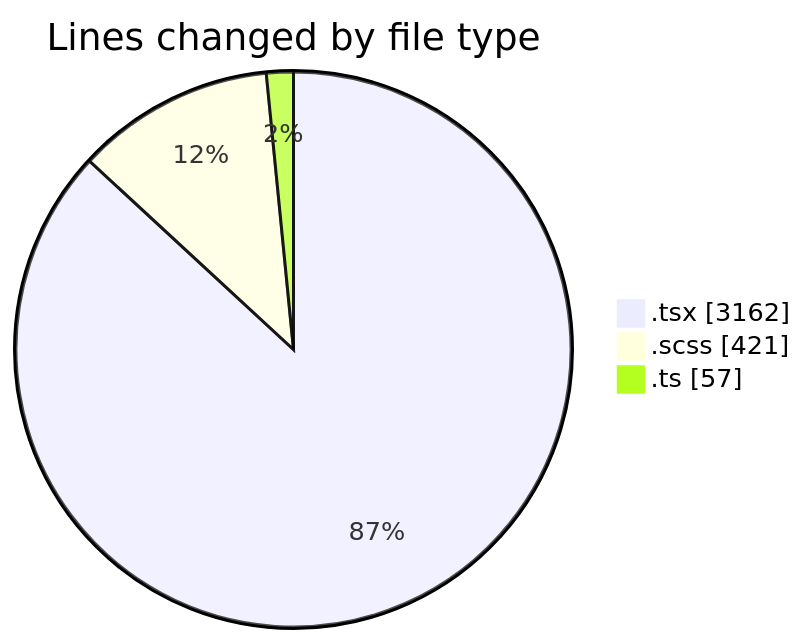
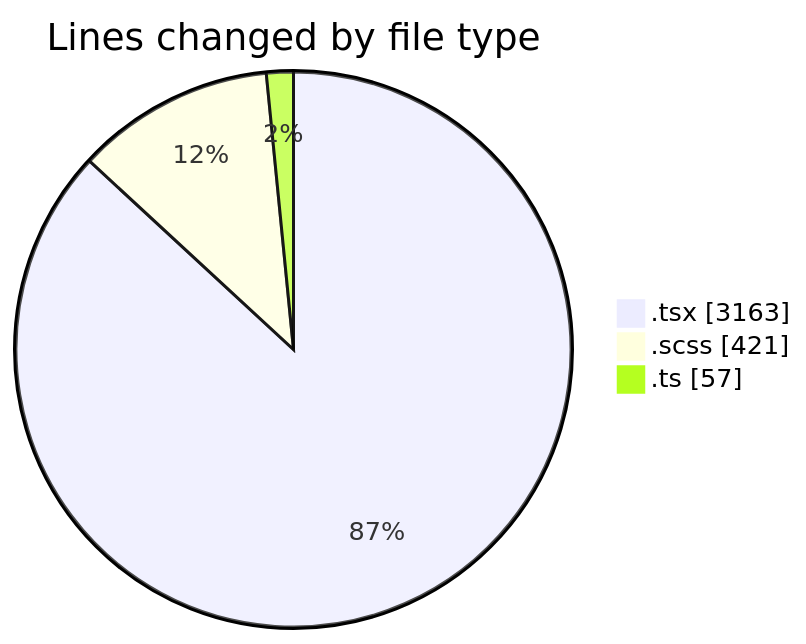
Before and after one commit to momahboobian/code-tracking: the first of 2 diagrams in 2025-10-01/cda/README.md, drawn with Mermaid. The commit also changed other lines of this file and 1 other file, not shown here.

````diff
--- a/2025-10-01/cda/README.md
+++ b/2025-10-01/cda/README.md
@@ -27,7 +27,7 @@
 ```mermaid
 pie showData
 title Lines changed by file type
-".tsx" : 3162
+".tsx" : 3163
 ".scss" : 421
 ".ts" : 57
 ```
````
